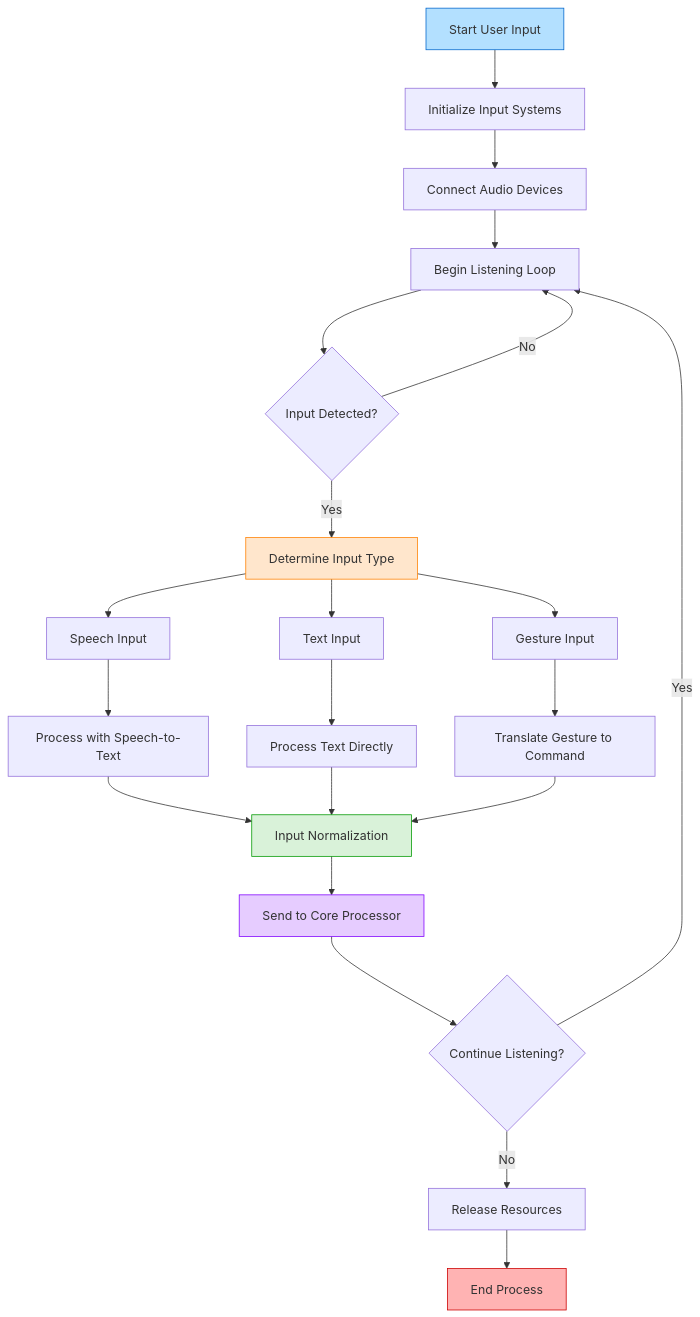
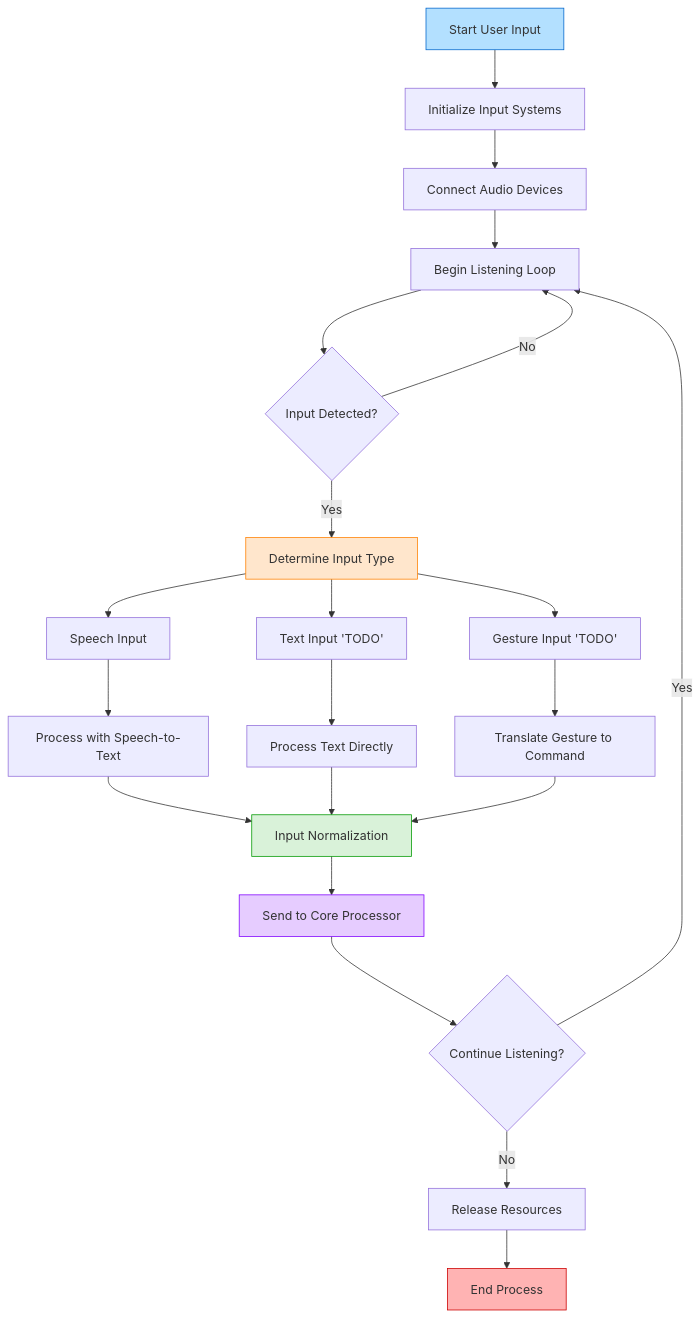
Before and after one commit to SYNOVA-LABS/ADA: the diagram in User_Input/readme.md, drawn with Mermaid. The commit also changed other lines of this file and 15 other files, not shown here.

````diff
--- a/User_Input/readme.md
+++ b/User_Input/readme.md
@@ -15,35 +15,35 @@
 ```mermaid
 flowchart TD
     A[Start User Input] --> B[Initialize Input Systems]
     B --> C[Connect Audio Devices]
     C --> D[Begin Listening Loop]
     
     D --> E{Input Detected?}
     E -- No --> D
     E -- Yes --> F[Determine Input Type]
     
     F --> G[Speech Input]
-    F --> H[Text Input]
-    F --> I[Gesture Input]
+    F --> H[Text Input 'TODO' ]
+    F --> I[Gesture Input 'TODO']
     
     G --> J[Process with Speech-to-Text]
     H --> K[Process Text Directly]
     I --> L[Translate Gesture to Command]
     
     J --> M[Input Normalization]
     K --> M
     L --> M
     
     M --> N[Send to Core Processor]
     N --> O{Continue Listening?}
     
     O -- Yes --> D
     O -- No --> P[Release Resources]
     P --> Q[End Process]
 
     style A fill:#b3e0ff,stroke:#0066cc
     style F fill:#ffe6cc,stroke:#ff8000
     style M fill:#d9f2d9,stroke:#009900
     style N fill:#e6ccff,stroke:#8000ff
     style Q fill:#ffb3b3,stroke:#cc0000
 ```
````
